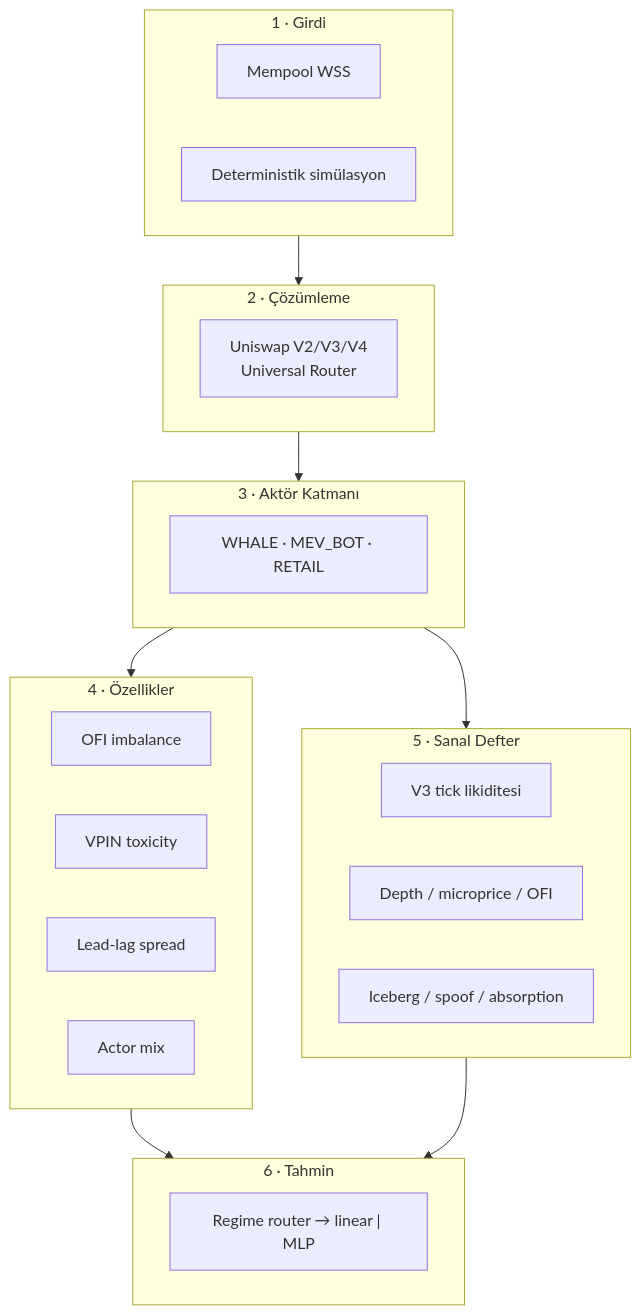
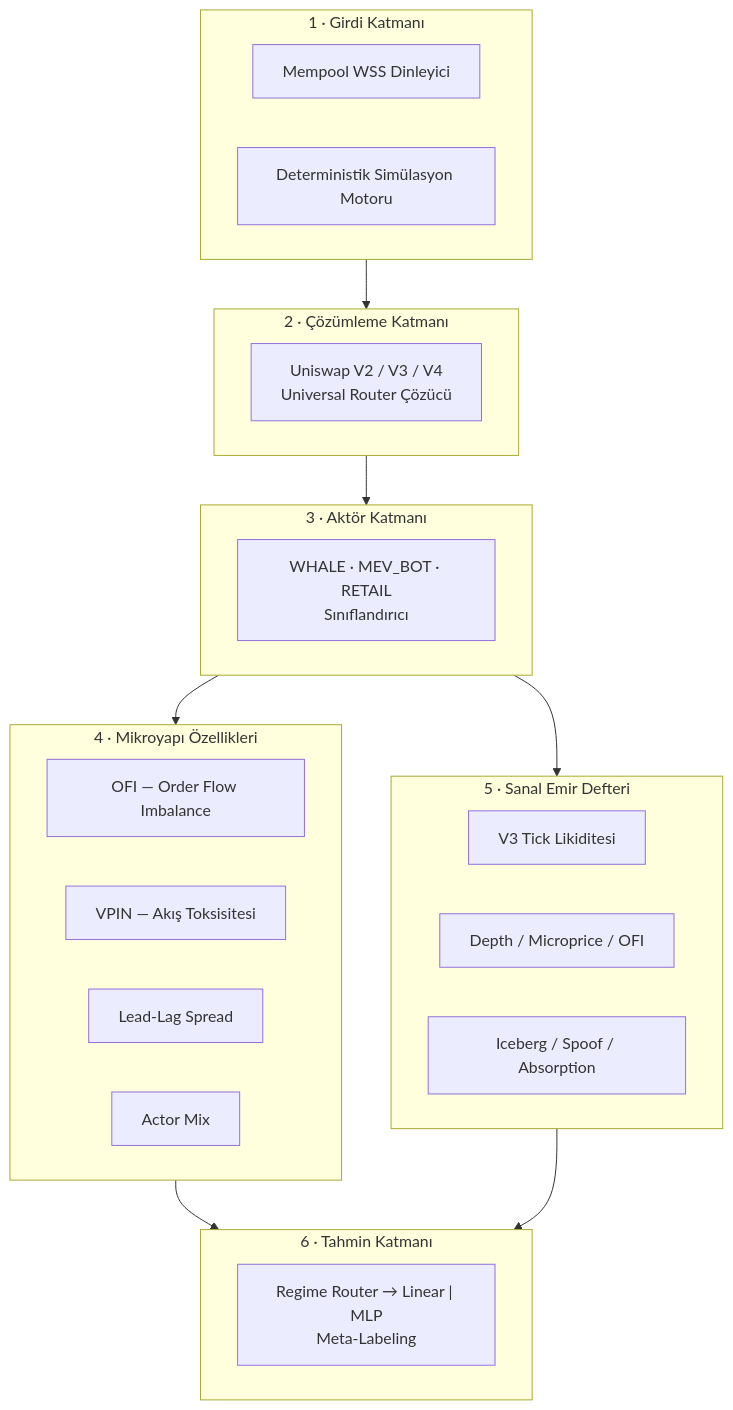
One commit to 7mertyavuz/lob-microstructure-agent changed the first of 3 diagrams in README.md. Above: the diagram before and after it, drawn with Mermaid. The commit also changed other lines of this file, not shown here.

Commit message:
docs: add comprehensive professional README with architecture, glossary and CAS integration

````diff
--- a/README.md
+++ b/README.md
@@ -42,36 +65,36 @@
 ```mermaid
 flowchart TD
-    subgraph INGEST["1 · Girdi"]
-        M["Mempool WSS"]
-        SIM["Deterministik simülasyon"]
+    subgraph INGEST["1 · Girdi Katmanı"]
+        M["Mempool WSS Dinleyici"]
+        SIM["Deterministik Simülasyon Motoru"]
     end
 
-    subgraph DECODE["2 · Çözümleme"]
-        D["Uniswap V2/V3/V4<br/>Universal Router"]
+    subgraph DECODE["2 · Çözümleme Katmanı"]
+        D["Uniswap V2 / V3 / V4<br/>Universal Router Çözücü"]
     end
 
     subgraph ACTOR["3 · Aktör Katmanı"]
-        A["WHALE · MEV_BOT · RETAIL"]
+        A["WHALE · MEV_BOT · RETAIL<br/>Sınıflandırıcı"]
     end
 
-    subgraph FEATURES["4 · Özellikler"]
-        F1["OFI imbalance"]
-        F2["VPIN toxicity"]
-        F3["Lead-lag spread"]
-        F4["Actor mix"]
+    subgraph FEATURES["4 · Mikroyapı Özellikleri"]
+        F1["OFI — Order Flow Imbalance"]
+        F2["VPIN — Akış Toksisitesi"]
+        F3["Lead-Lag Spread"]
+        F4["Actor Mix"]
     end
 
-    subgraph BOOK["5 · Sanal Defter"]
-        B1["V3 tick likiditesi"]
-        B2["Depth / microprice / OFI"]
-        B3["Iceberg / spoof / absorption"]
+    subgraph BOOK["5 · Sanal Emir Defteri"]
+        B1["V3 Tick Likiditesi"]
+        B2["Depth / Microprice / OFI"]
+        B3["Iceberg / Spoof / Absorption"]
     end
 
-    subgraph PREDICT["6 · Tahmin"]
-        P["Regime router → linear | MLP"]
+    subgraph PREDICT["6 · Tahmin Katmanı"]
+        P["Regime Router → Linear | MLP<br/>Meta-Labeling"]
     end
 
     INGEST --> DECODE --> ACTOR --> FEATURES --> PREDICT
     ACTOR --> BOOK
     BOOK --> PREDICT
 ```
````
